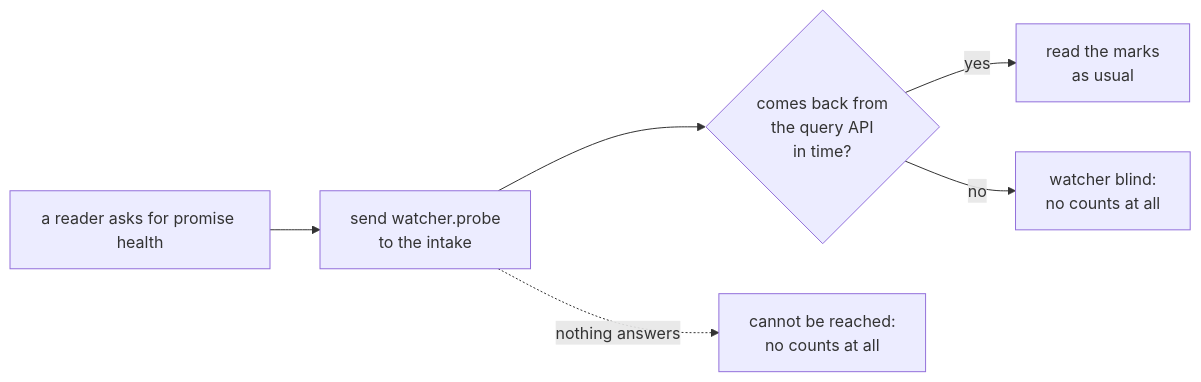
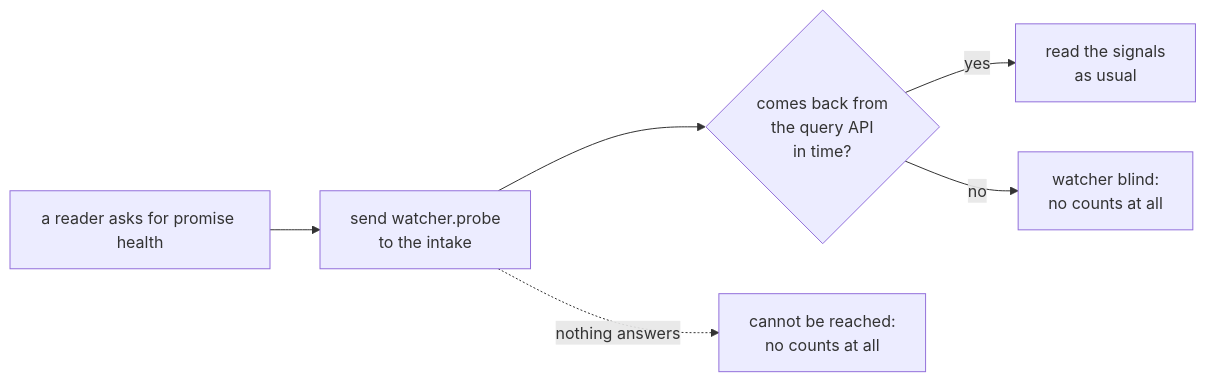
Before and after one commit to infinitedusky/indusk: the fifth of 5 diagrams in apps/docs/src/guide/promises.md, drawn with Mermaid. The commit also changed other lines of this file and 27 other files, not shown here.

````diff
--- a/apps/docs/src/guide/promises.md
+++ b/apps/docs/src/guide/promises.md
@@ -285,8 +285,8 @@
 ```mermaid
 flowchart LR
     Reader["a reader asks for promise health"] --> Probe["send watcher.probe<br/>to the intake"]
     Probe --> Back{"comes back from<br/>the query API<br/>in time?"}
-    Back -->|yes| Marks["read the marks<br/>as usual"]
+    Back -->|yes| Marks["read the signals<br/>as usual"]
     Back -->|no| Blind["watcher blind:<br/>no counts at all"]
     Probe -.->|nothing answers| Unreachable["cannot be reached:<br/>no counts at all"]
 ```
````
